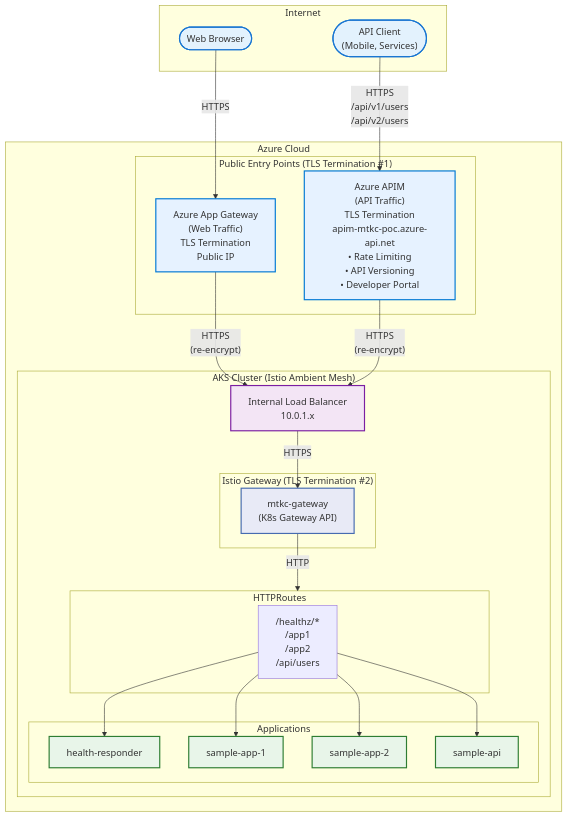
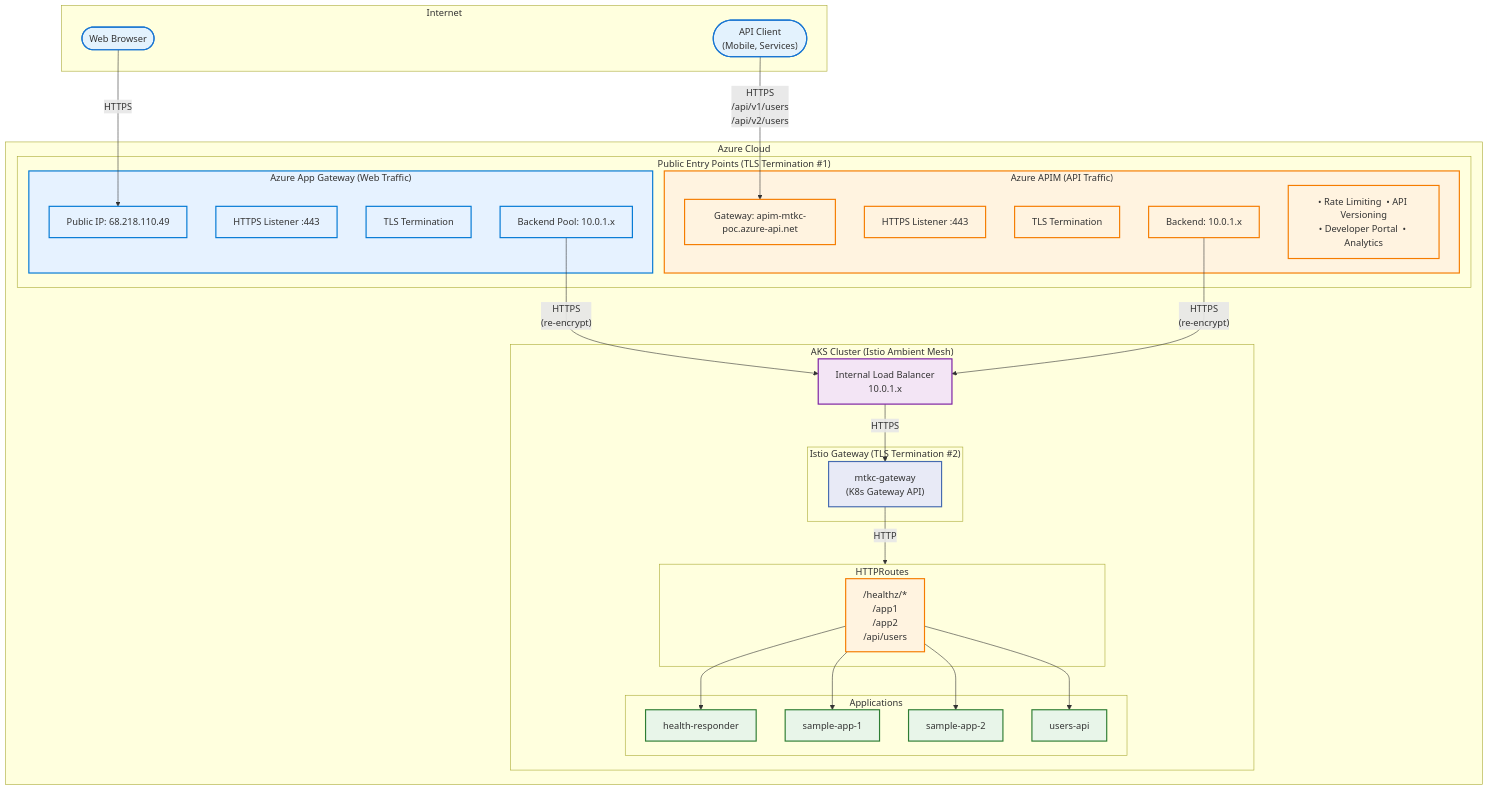
Before and after one commit to shanaka-versent/AKS-Istio-GatewayAPI-Demo: the first of 9 diagrams in README.md, drawn with Mermaid.

Commit message:
Update architecture diagram with detailed App Gateway and APIM components
Both entry points now show consistent component breakdown:
- App Gateway: Public IP, HTTPS Listener, TLS Termination, Backend Pool
- APIM: Gateway URL, HTTPS Listener, TLS Termination, Backend, Features

````diff
--- a/README.md
+++ b/README.md
@@ -82,60 +82,73 @@
 ```mermaid
 flowchart TB
     subgraph Internet["Internet"]
         WebClient(["Web Browser"])
         APIClient(["API Client<br/>(Mobile, Services)"])
     end
 
     subgraph Azure["Azure Cloud"]
         subgraph PublicEntry["Public Entry Points (TLS Termination #1)"]
-            AppGW["Azure App Gateway<br/>(Web Traffic)<br/>TLS Termination<br/>Public IP"]
-            APIM["Azure APIM<br/>(API Traffic)<br/>TLS Termination<br/>apim-mtkc-poc.azure-api.net<br/>• Rate Limiting<br/>• API Versioning<br/>• Developer Portal"]
+            subgraph AppGWBox["Azure App Gateway (Web Traffic)"]
+                AppGW_IP["Public IP: 68.218.110.49"]
+                AppGW_Listener["HTTPS Listener :443"]
+                AppGW_TLS["TLS Termination"]
+                AppGW_Backend["Backend Pool: 10.0.1.x"]
+            end
+            subgraph APIMBox["Azure APIM (API Traffic)"]
+                APIM_URL["Gateway: apim-mtkc-poc.azure-api.net"]
+                APIM_Listener["HTTPS Listener :443"]
+                APIM_TLS["TLS Termination"]
+                APIM_Backend["Backend: 10.0.1.x"]
+                APIM_Features["• Rate Limiting  • API Versioning<br/>• Developer Portal  • Analytics"]
+            end
         end
 
         subgraph AKS["AKS Cluster (Istio Ambient Mesh)"]
             ILB["Internal Load Balancer<br/>10.0.1.x"]
 
             subgraph Gateway["Istio Gateway (TLS Termination #2)"]
                 GW["mtkc-gateway<br/>(K8s Gateway API)"]
             end
 
             subgraph Routes["HTTPRoutes"]
                 AllRoutes["/healthz/*<br/>/app1<br/>/app2<br/>/api/users"]
             end
 
             subgraph Apps["Applications"]
                 HealthApp["health-responder"]
                 WebApp1["sample-app-1"]
                 WebApp2["sample-app-2"]
-                UsersAPI["sample-api"]
+                UsersAPI["users-api"]
             end
         end
     end
 
-    WebClient -->|"HTTPS"| AppGW
-    APIClient -->|"HTTPS<br/>/api/v1/users<br/>/api/v2/users"| APIM
+    WebClient -->|"HTTPS"| AppGW_IP
+    APIClient -->|"HTTPS<br/>/api/v1/users<br/>/api/v2/users"| APIM_URL
 
-    AppGW -->|"HTTPS<br/>(re-encrypt)"| ILB
-    APIM -->|"HTTPS<br/>(re-encrypt)"| ILB
+    AppGW_Backend -->|"HTTPS<br/>(re-encrypt)"| ILB
+    APIM_Backend -->|"HTTPS<br/>(re-encrypt)"| ILB
 
     ILB -->|"HTTPS"| GW
     GW -->|"HTTP"| Routes
     AllRoutes --> HealthApp
     AllRoutes --> WebApp1
     AllRoutes --> WebApp2
     AllRoutes --> UsersAPI
 
     classDef internet fill:#e3f2fd,stroke:#1976d2,stroke-width:2px
-    classDef public fill:#e6f2ff,stroke:#0078d4,stroke-width:2px
+    classDef appgw fill:#e6f2ff,stroke:#0078d4,stroke-width:2px
+    classDef apim fill:#fff3e0,stroke:#f57c00,stroke-width:2px
     classDef ilb fill:#f3e5f5,stroke:#7b1fa2,stroke-width:2px
     classDef gateway fill:#e8eaf6,stroke:#466bb0,stroke-width:2px
     classDef routes fill:#fff3e0,stroke:#f57c00,stroke-width:2px
     classDef apps fill:#e8f5e9,stroke:#2e7d32,stroke-width:2px
 
     class WebClient,APIClient internet
-    class AppGW,APIM public
+    class AppGWBox,AppGW_IP,AppGW_Listener,AppGW_TLS,AppGW_Backend appgw
+    class APIMBox,APIM_URL,APIM_Listener,APIM_TLS,APIM_Backend,APIM_Features apim
     class ILB ilb
     class GW gateway
-    class WebRoutes,APIRoutes routes
+    class AllRoutes routes
     class HealthApp,WebApp1,WebApp2,UsersAPI apps
 ```
````
